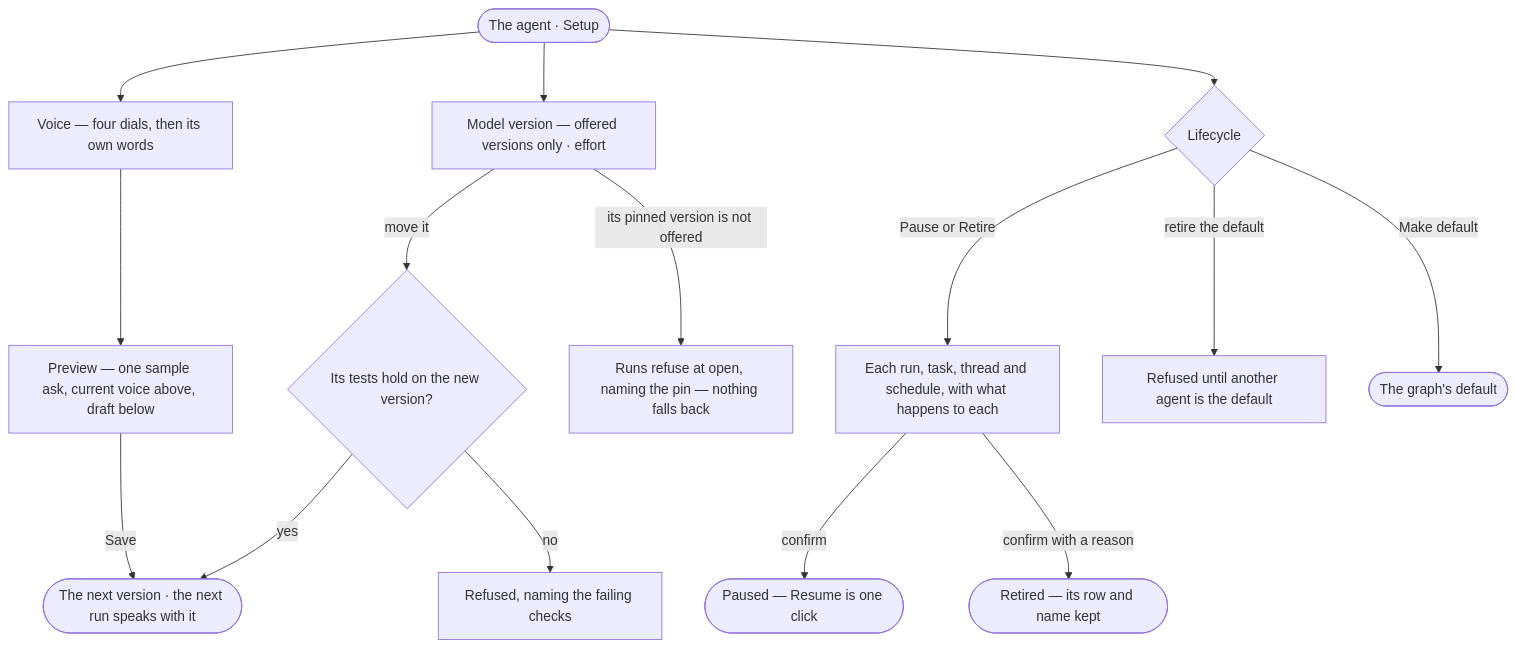
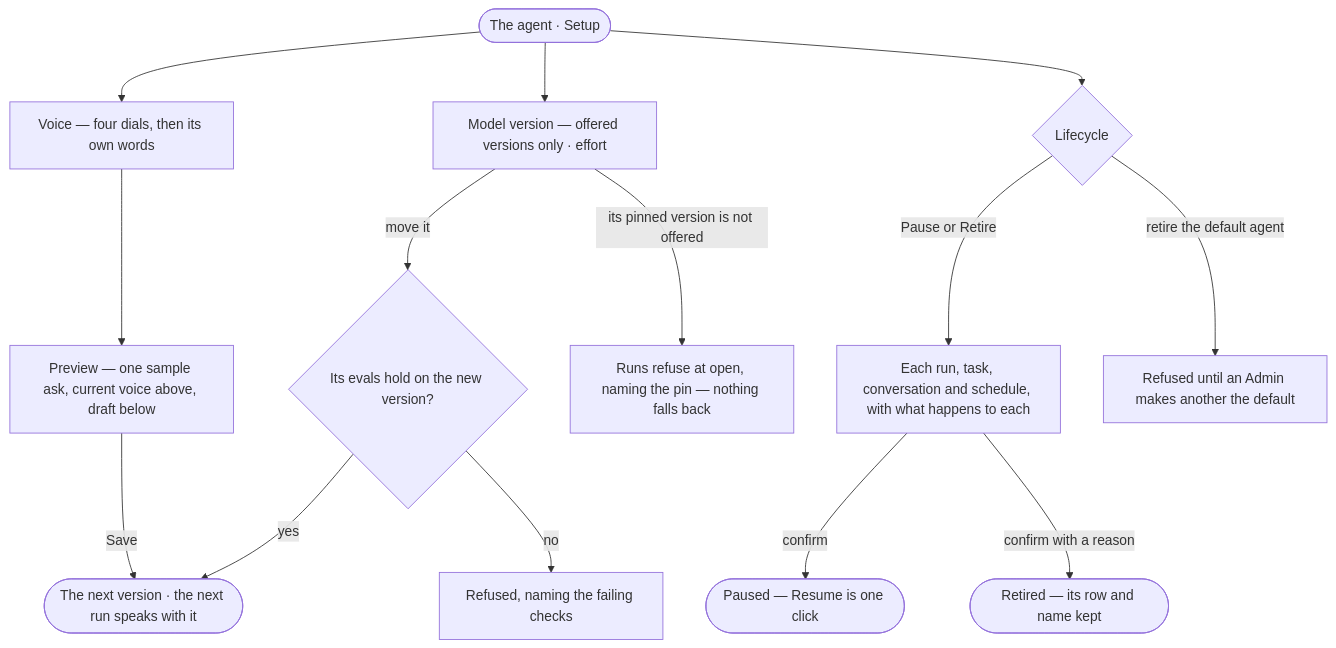
The diagram in specs/capabilities/agents/features/AG-F01-build-an-agent/stories/AG-29-tune-an-agents-voice-model-and-effort-and-retire-it/story.md (invana/invana), drawn with Mermaid before and after one commit. The commit also changed other lines of this file and 522 other files, not shown here.

````diff
--- a/specs/capabilities/agents/features/AG-F01-build-an-agent/stories/AG-29-tune-an-agents-voice-model-and-effort-and-retire-it/story.md
+++ b/specs/capabilities/agents/features/AG-F01-build-an-agent/stories/AG-29-tune-an-agents-voice-model-and-effort-and-retire-it/story.md
@@ -27,17 +28,16 @@
 ```mermaid
 flowchart TD
   s([The agent · Setup]) --> vo["Voice — four dials, then its own words"]
   vo --> pv["Preview — one sample ask, current voice above, draft below"]
   pv -->|Save| v1(["The next version · the next run speaks with it"])
   s --> mo["Model version — offered versions only · effort"]
-  mo -->|move it| ev{Its tests hold on the new version?}
+  mo -->|move it| ev{Its evals hold on the new version?}
   ev -->|no| evx["Refused, naming the failing checks"]
   ev -->|yes| v1
   mo -->|its pinned version is not offered| px["Runs refuse at open, naming the pin — nothing falls back"]
   s --> lc{Lifecycle}
-  lc -->|Pause or Retire| pr["Each run, task, thread and schedule, with what happens to each"]
+  lc -->|Pause or Retire| pr["Each run, task, conversation and schedule, with what happens to each"]
   pr -->|confirm| pd(["Paused — Resume is one click"])
   pr -->|confirm with a reason| rt(["Retired — its row and name kept"])
-  lc -->|retire the default| dx["Refused until another agent is the default"]
-  lc -->|Make default| df(["The graph's default"])
+  lc -->|retire the default agent| dx["Refused until an Admin makes another the default"]
 ```
````
